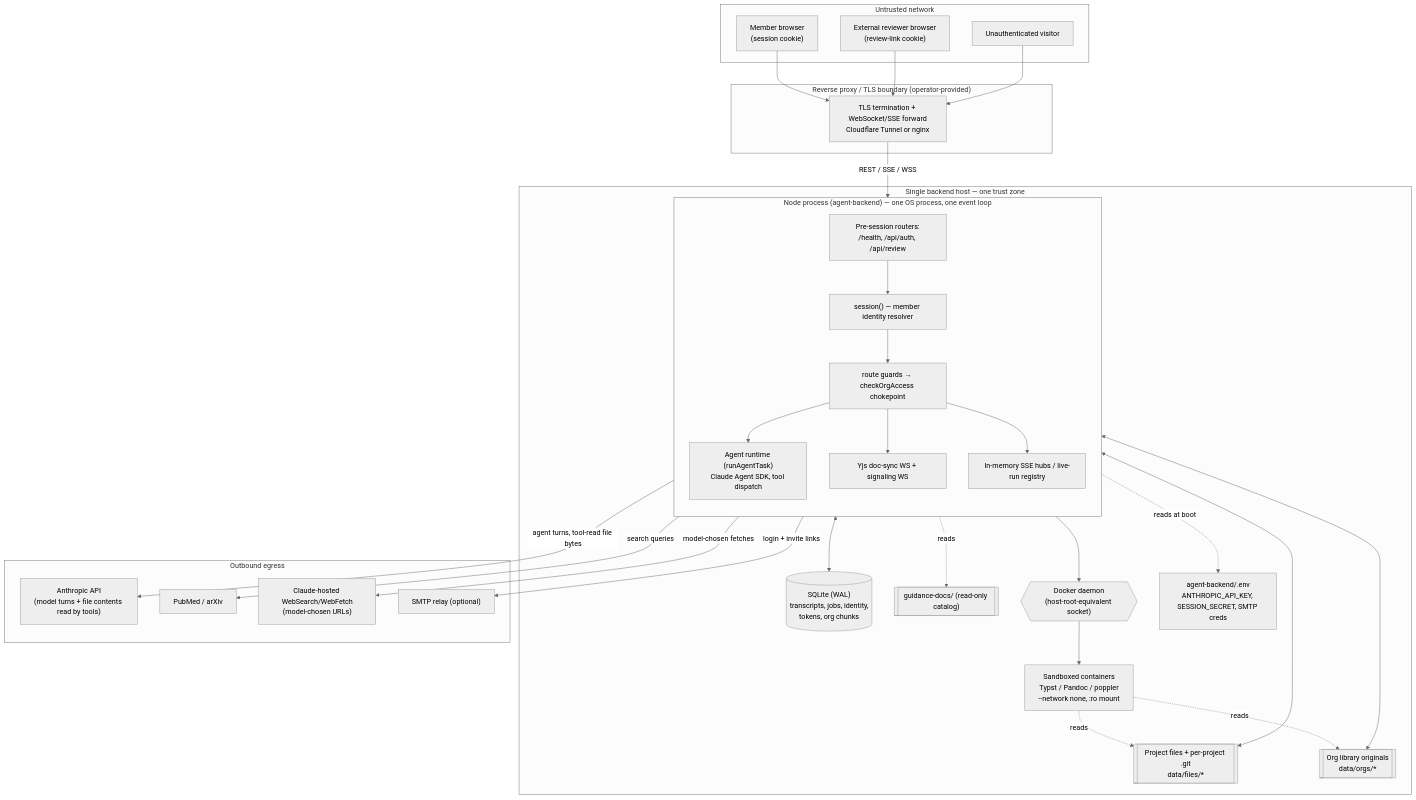
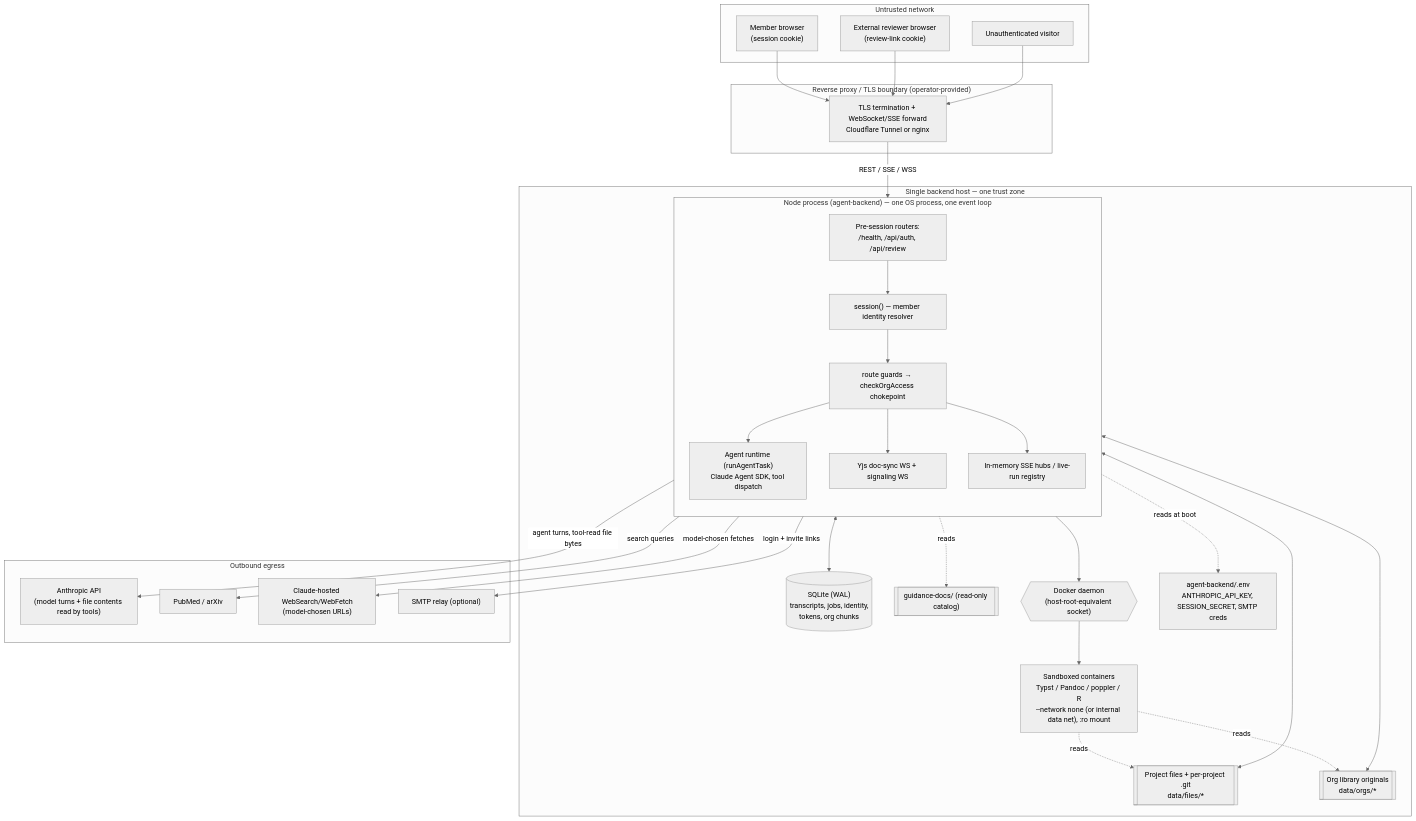
Before and after one commit to soundtrip-health/kuhn: the diagram in docs/security/threat-model.md, drawn with Mermaid (neutral theme). The commit also changed other lines of this file and 22 other files, not shown here.

First line of the commit message:
feat: org secrets store + sandboxed data-network DB access

````diff
--- a/docs/security/threat-model.md
+++ b/docs/security/threat-model.md
@@ -57,59 +57,59 @@
 ```mermaid
 flowchart TB
   subgraph Internet["Untrusted network"]
     Member["Member browser<br/>(session cookie)"]
     Guest["External reviewer browser<br/>(review-link cookie)"]
     Anon["Unauthenticated visitor"]
   end
 
   subgraph Edge["Reverse proxy / TLS boundary (operator-provided)"]
     RP["TLS termination + WebSocket/SSE forward<br/>Cloudflare Tunnel or nginx"]
   end
 
   subgraph Host["Single backend host — one trust zone"]
     subgraph Proc["Node process (agent-backend) — one OS process, one event loop"]
       direction TB
       Pre["Pre-session routers:<br/>/health, /api/auth, /api/review"]
       Sess["session() — member identity resolver"]
       Guard["route guards → checkOrgAccess chokepoint"]
       Runtime["Agent runtime (runAgentTask)<br/>Claude Agent SDK, tool dispatch"]
       YWS["Yjs doc-sync WS + signaling WS"]
       SSE["In-memory SSE hubs / live-run registry"]
     end
     DB[("SQLite (WAL)<br/>transcripts, jobs, identity,<br/>tokens, org chunks")]
     Files[["Project files + per-project .git<br/>data/files/*"]]
     Orgs[["Org library originals<br/>data/orgs/*"]]
     Guidance[["guidance-docs/ (read-only catalog)"]]
     Docker{{"Docker daemon<br/>(host-root-equivalent socket)"}}
-    Sandbox["Sandboxed containers<br/>Typst / Pandoc / poppler<br/>--network none, :ro mount"]
+    Sandbox["Sandboxed containers<br/>Typst / Pandoc / poppler / R<br/>--network none (or internal data net), :ro mount"]
     Env["agent-backend/.env<br/>ANTHROPIC_API_KEY, SESSION_SECRET, SMTP creds"]
   end
 
   subgraph Egress["Outbound egress"]
     Anthropic["Anthropic API<br/>(model turns + file contents read by tools)"]
     Scholar["PubMed / arXiv"]
     WebTool["Claude-hosted WebSearch/WebFetch<br/>(model-chosen URLs)"]
     SMTP["SMTP relay (optional)"]
   end
 
   Member --> RP
   Guest --> RP
   Anon --> RP
   RP -->|"REST / SSE / WSS"| Pre
   Pre --> Sess --> Guard
   Guard --> Runtime
   Guard --> YWS
   Guard --> SSE
   Runtime <--> DB
   Runtime <--> Files
   Runtime --> Docker --> Sandbox
   Sandbox -.reads.-> Files
   Sandbox -.reads.-> Orgs
   Runtime <--> Orgs
   Runtime -.reads.-> Guidance
   Runtime -->|"agent turns, tool-read file bytes"| Anthropic
   Runtime -->|"search queries"| Scholar
   Runtime -->|"model-chosen fetches"| WebTool
   Sess -->|"login + invite links"| SMTP
   Proc -.reads at boot.-> Env
 ```
````
